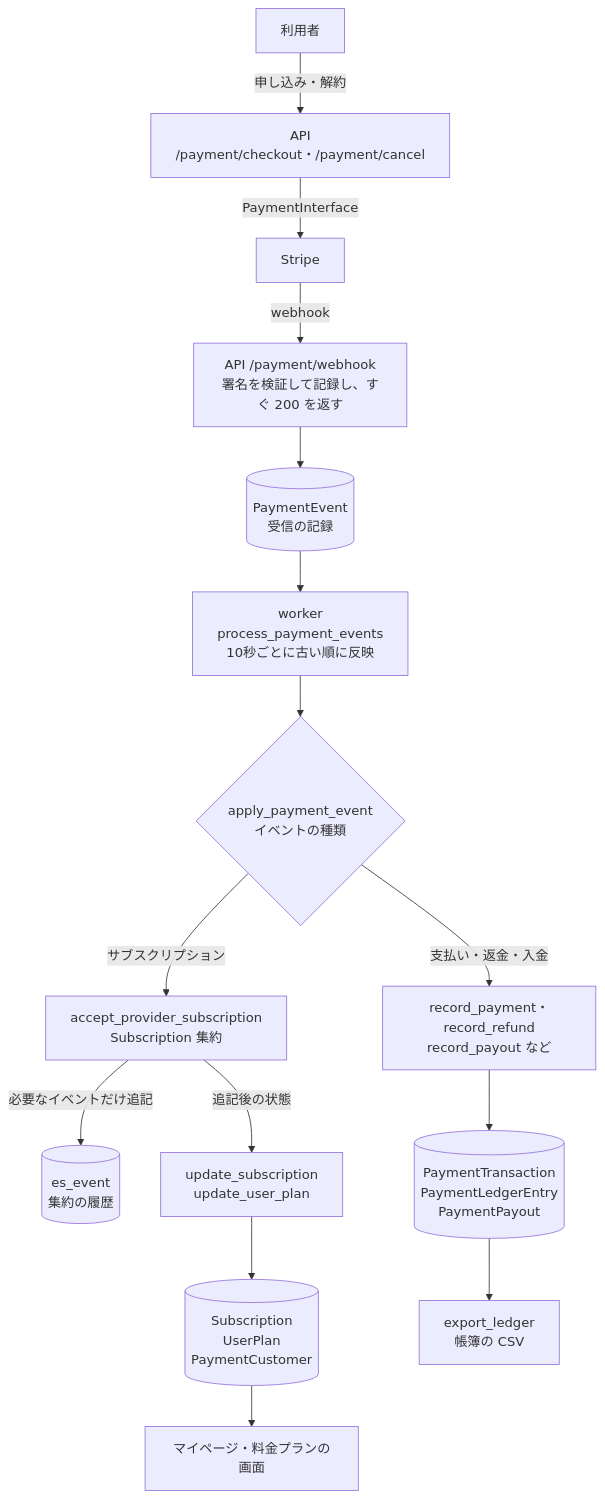
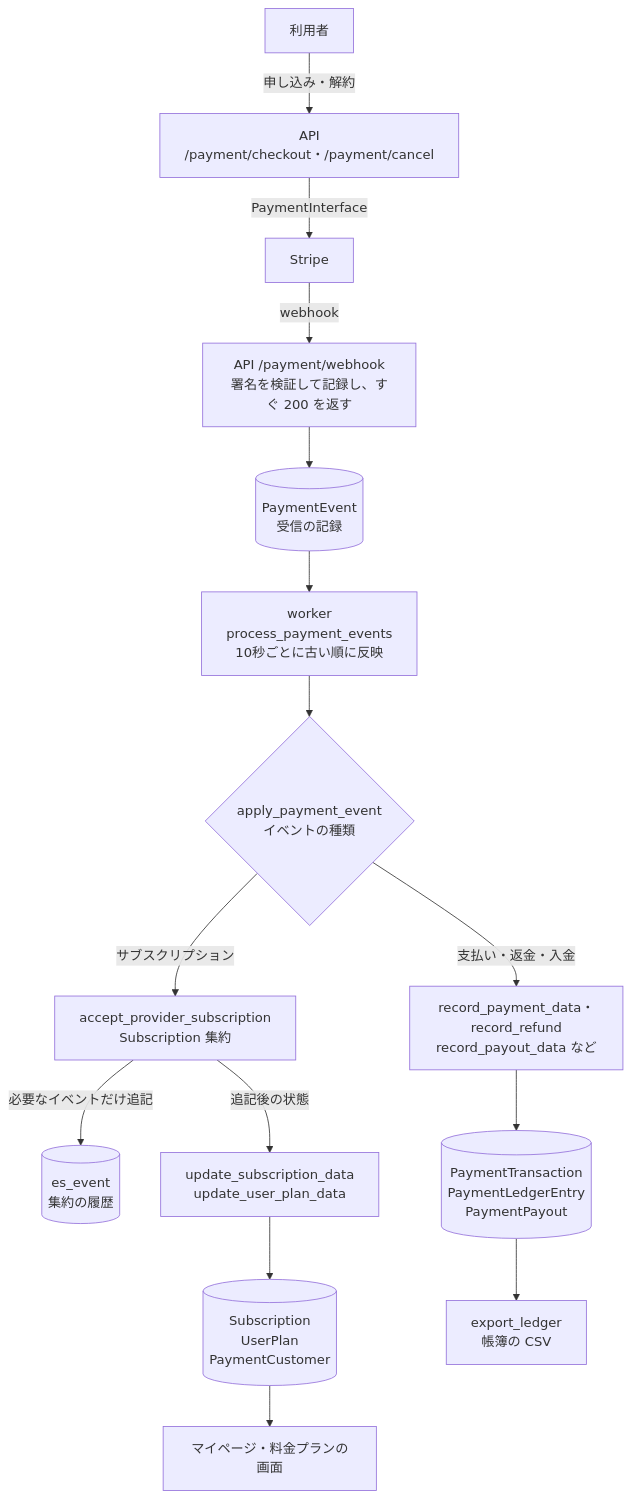
One commit to ANFINII/MyUs changed the diagram in docs/myus.md. Above: the diagram before and after it, drawn with Mermaid. The commit also changed 24 other files, not shown here.

````diff
--- a/docs/myus.md
+++ b/docs/myus.md
@@ -252,20 +252,20 @@
 ```mermaid
 flowchart TB
     User[利用者] -->|申し込み・解約| API["API<br/>/payment/checkout・/payment/cancel"]
     API -->|PaymentInterface| Stripe[Stripe]
     Stripe -->|webhook| Webhook["API /payment/webhook<br/>署名を検証して記録し、すぐ 200 を返す"]
     Webhook --> PE[(PaymentEvent<br/>受信の記録)]
     PE --> Worker["worker<br/>process_payment_events<br/>10秒ごとに古い順に反映"]
     Worker --> Apply{apply_payment_event<br/>イベントの種類}
 
     Apply -->|サブスクリプション| Command["accept_provider_subscription<br/>Subscription 集約"]
     Command -->|必要なイベントだけ追記| ES[(es_event<br/>集約の履歴)]
-    Command -->|追記後の状態| SubProj["update_subscription<br/>update_user_plan"]
+    Command -->|追記後の状態| SubProj["update_subscription_data<br/>update_user_plan_data"]
     SubProj --> SubTables[(Subscription<br/>UserPlan<br/>PaymentCustomer)]
 
-    Apply -->|支払い・返金・入金| PayProj["record_payment・record_refund<br/>record_payout など"]
+    Apply -->|支払い・返金・入金| PayProj["record_payment_data・record_refund<br/>record_payout_data など"]
     PayProj --> PayTables[(PaymentTransaction<br/>PaymentLedgerEntry<br/>PaymentPayout)]
 
     SubTables --> Screen[マイページ・料金プランの画面]
     PayTables --> Ledger[export_ledger<br/>帳簿の CSV]
 ```
````
